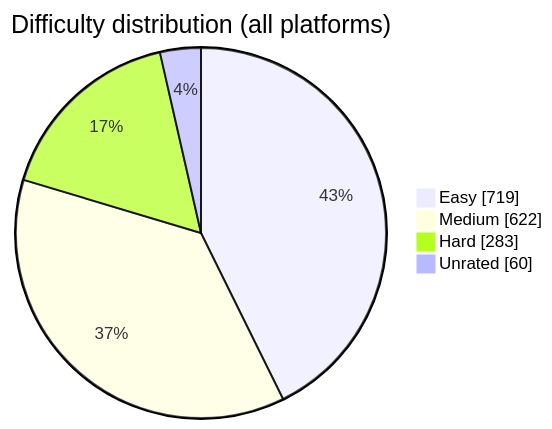
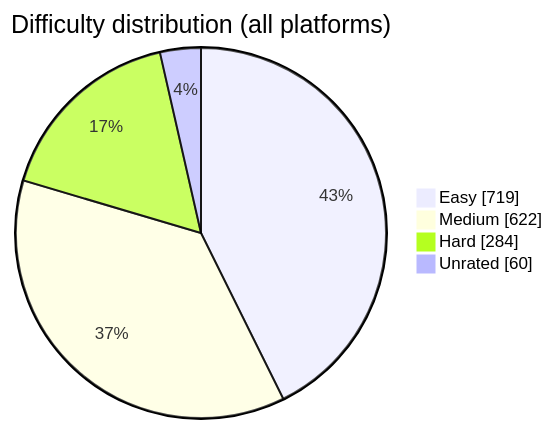
One commit to BuildbyArindam/Daily-Coding-Log changed the diagram in README.md. Above: the diagram before and after it, drawn with Mermaid. The commit also changed other lines of this file, not shown here.

````diff
--- a/README.md
+++ b/README.md
@@ -93,7 +93,7 @@
 ```mermaid
 pie showData title Difficulty distribution (all platforms)
     "Easy" : 719
     "Medium" : 622
-    "Hard" : 283
+    "Hard" : 284
     "Unrated" : 60
 ```
````
